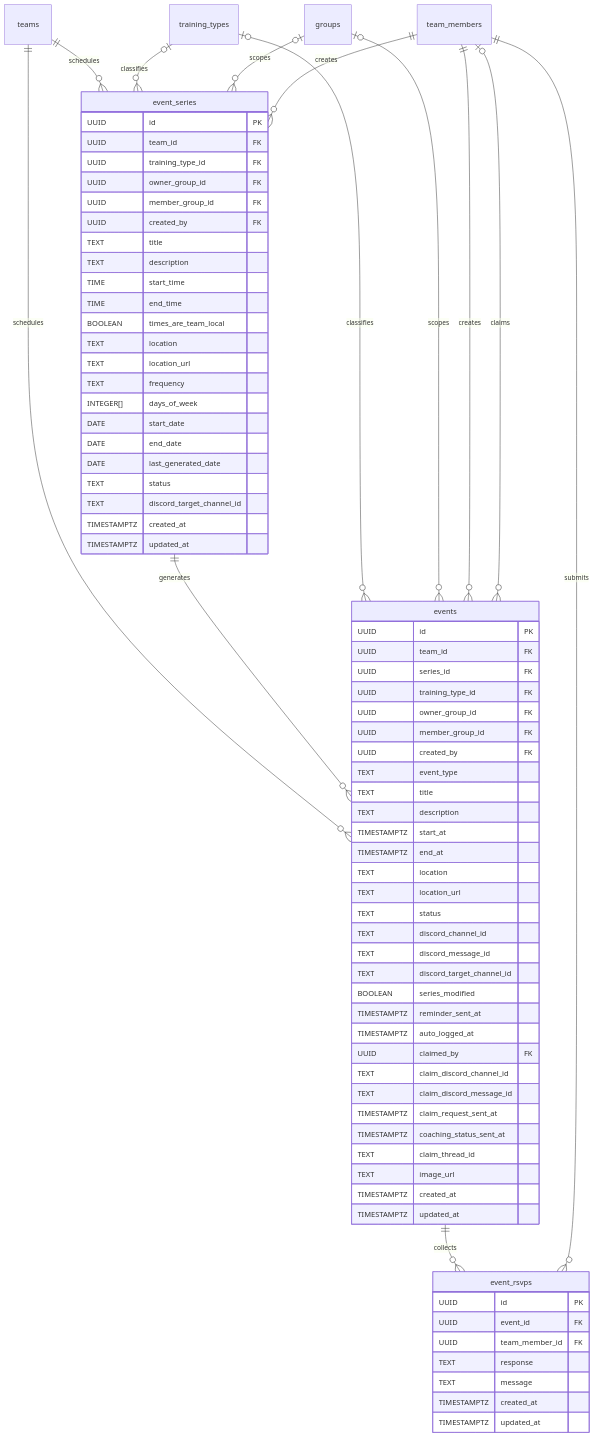
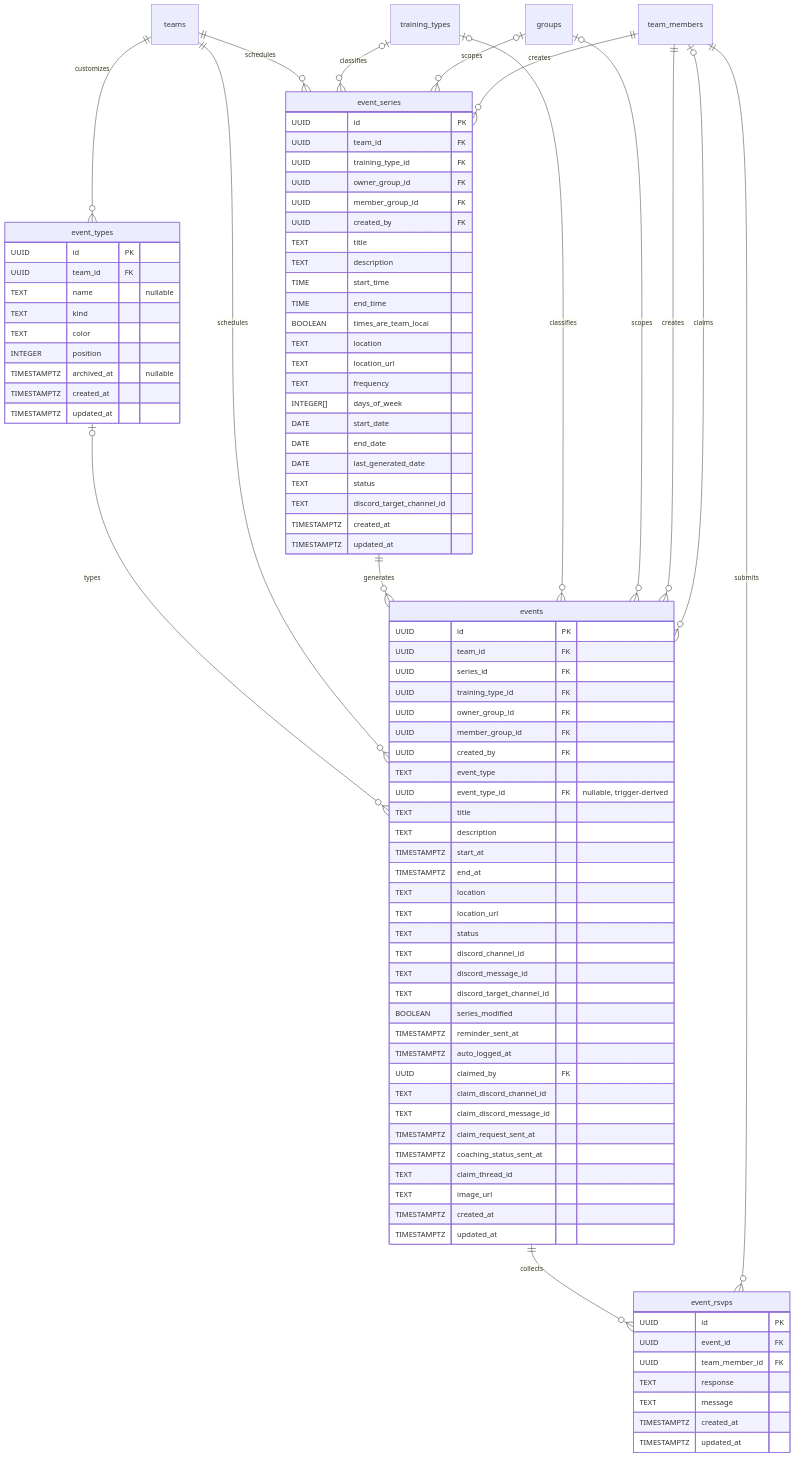
The seventh of 23 diagrams in docs/thesis/er-diagram.md (sideline-cz/sideline), drawn with Mermaid before and after one commit. The commit also changed other lines of this file and 98 other files, not shown here.

First line of the commit message:
feat: make event types custom (#710)

````diff
--- a/docs/thesis/er-diagram.md
+++ b/docs/thesis/er-diagram.md
@@ -474,5 +474,17 @@
 ```mermaid
 erDiagram
+    event_types {
+        UUID id PK
+        UUID team_id FK
+        TEXT name "nullable"
+        TEXT kind
+        TEXT color
+        INTEGER position
+        TIMESTAMPTZ archived_at "nullable"
+        TIMESTAMPTZ created_at
+        TIMESTAMPTZ updated_at
+    }
+
     events {
         UUID id PK
         UUID team_id FK
@@ -482,6 +494,7 @@
         UUID member_group_id FK
         UUID created_by FK
         TEXT event_type
+        UUID event_type_id FK "nullable, trigger-derived"
         TEXT title
         TEXT description
         TIMESTAMPTZ start_at
@@ -541,6 +554,8 @@
         TIMESTAMPTZ updated_at
     }
 
+    teams ||--o{ event_types : "customizes"
+    event_types o|--o{ events : "types"
     teams ||--o{ events : "schedules"
     teams ||--o{ event_series : "schedules"
     event_series ||--o{ events : "generates"
````
